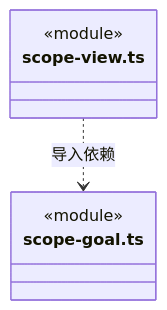
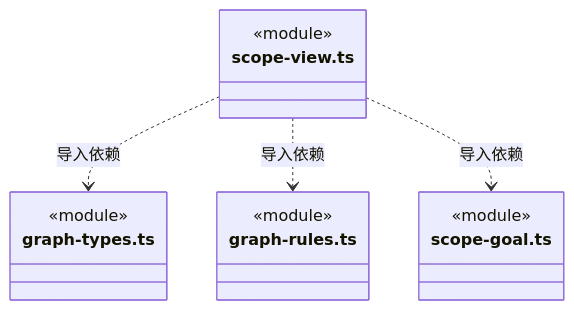
Before and after one commit to nan023062/cbim: diagram 45 of 47 in src/backend/core/tasks/ARCHITECTURE.md, drawn with Mermaid. The commit also changed other lines of this file and 55 other files, not shown here.

````diff
--- a/src/backend/core/tasks/ARCHITECTURE.md
+++ b/src/backend/core/tasks/ARCHITECTURE.md
@@ -1120,10 +1154,18 @@
 ```mermaid
 classDiagram
 class N_src_backend_core_tasks_scope_view_ts["scope-view.ts"] {
   <<module>>
 }
+class N_src_backend_core_tasks_graph_types_ts["graph-types.ts"] {
+  <<module>>
+}
+class N_src_backend_core_tasks_graph_rules_ts["graph-rules.ts"] {
+  <<module>>
+}
 class N_src_backend_core_tasks_scope_goal_ts["scope-goal.ts"] {
   <<module>>
 }
+N_src_backend_core_tasks_scope_view_ts ..> N_src_backend_core_tasks_graph_types_ts : 导入依赖
+N_src_backend_core_tasks_scope_view_ts ..> N_src_backend_core_tasks_graph_rules_ts : 导入依赖
 N_src_backend_core_tasks_scope_view_ts ..> N_src_backend_core_tasks_scope_goal_ts : 导入依赖
 ```
````
